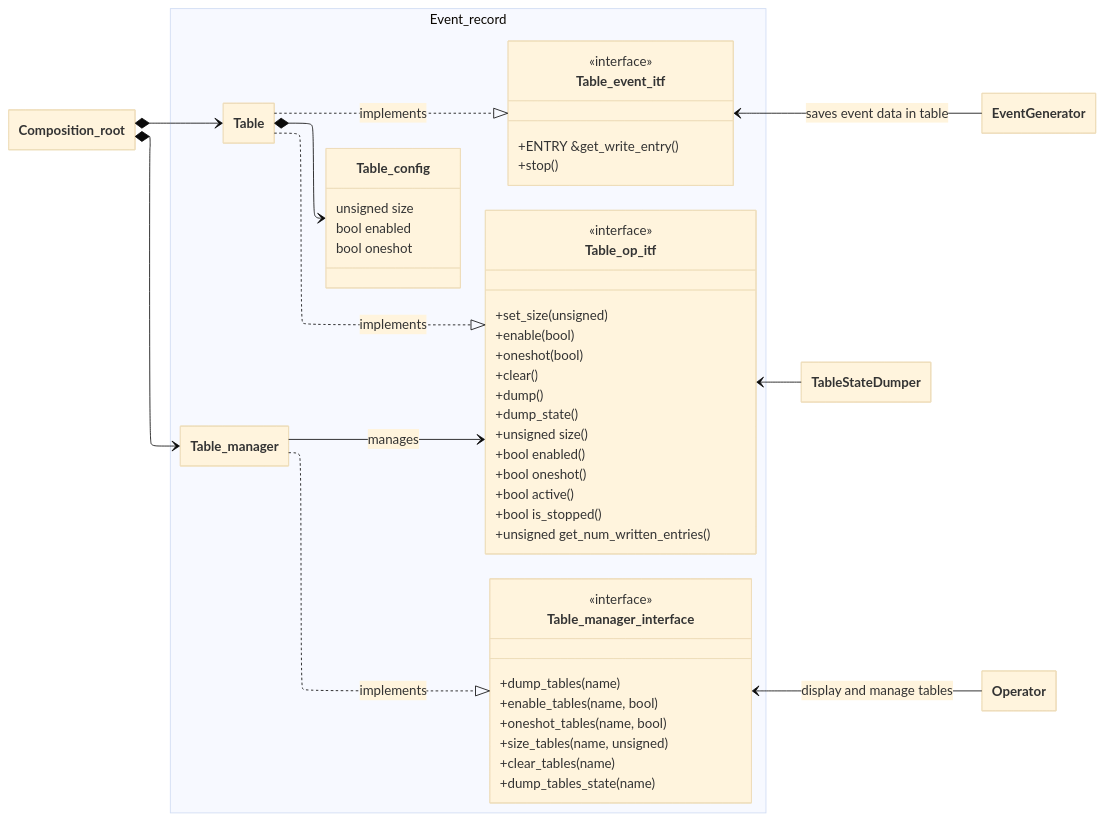
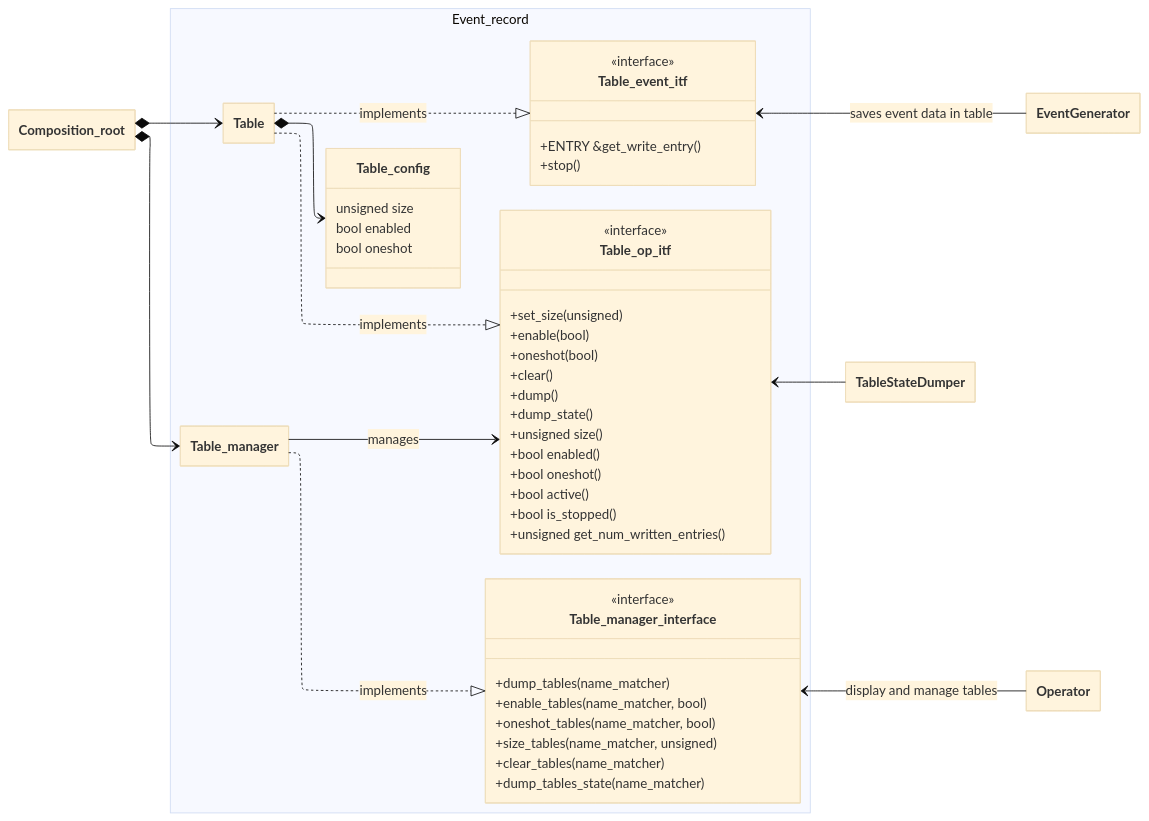
Before and after one commit to ferdi-pienaar/event_recorder: the diagram in README.md, drawn with Mermaid (base theme). The commit also changed other lines of this file and 8 other files, not shown here.

````diff
--- a/README.md
+++ b/README.md
@@ -22,67 +24,67 @@
 ```mermaid
 ---
 config:
   layout: elk
   class:
     hideEmptyMembersBox: true
 ---
 
 classDiagram
     direction LR
 
     class Composition_root
 
     namespace Event_record {
 
         class Table_op_itf <<interface>> {
             +set_size(unsigned)
             +enable(bool)
             +oneshot(bool)
             +clear()
             +dump()
             +dump_state()
             +unsigned size()
             +bool enabled()
             +bool oneshot()
             +bool active()
             +bool is_stopped()
             +unsigned get_num_written_entries()
         }
 
         class Table_event_itf <<interface>> {
             +ENTRY &get_write_entry()
             +stop()
         }
 
         class Table
         class Table_manager
         class Table_manager_interface <<interface>> {
-            +dump_tables(name)
-            +enable_tables(name, bool)
-            +oneshot_tables(name, bool)
-            +size_tables(name, unsigned)
-            +clear_tables(name)
-            +dump_tables_state(name)
+            +dump_tables(name_matcher)
+            +enable_tables(name_matcher, bool)
+            +oneshot_tables(name_matcher, bool)
+            +size_tables(name_matcher, unsigned)
+            +clear_tables(name_matcher)
+            +dump_tables_state(name_matcher)
         }
 
         class Table_config {
             unsigned size
             bool enabled
             bool oneshot
         }
 
     }
     Table ..|> Table_op_itf : implements
     Table ..|> Table_event_itf : implements
     Table *--> Table_config
 
     Table_event_itf <-- Event Generator : saves event data in table
     Table_op_itf <-- Table State Dumper
     Table_manager --> Table_op_itf : manages
     Table_manager ..|> Table_manager_interface : implements
     Table_manager_interface  <-- Operator : display and manage tables
 
     Composition_root *--> Table_manager
     Composition_root *--> Table
 
 ```
````
